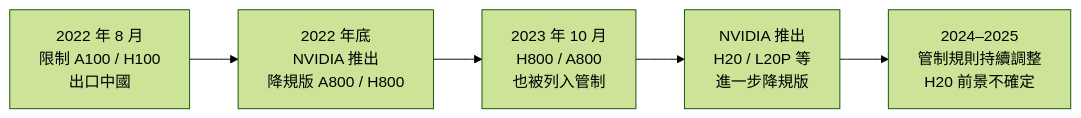
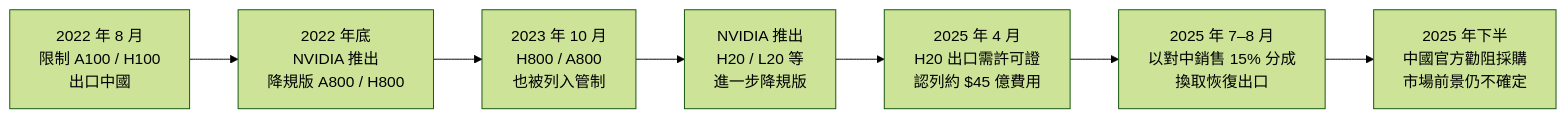
The first of 2 diagrams in docs/nvidia/risks-export-controls.md (wizardhsiehcom/book), drawn with Mermaid (forest theme) before and after one commit. The commit also changed other lines of this file and 15 other files, not shown here.

````diff
--- a/docs/nvidia/risks-export-controls.md
+++ b/docs/nvidia/risks-export-controls.md
@@ -9,6 +9,8 @@
 ```mermaid
 flowchart LR
     A["2022 年 8 月<br/>限制 A100 / H100<br/>出口中國"] --> B["2022 年底<br/>NVIDIA 推出<br/>降規版 A800 / H800"]
-    B --> C["2023 年 10 月<br/>H800 / A800<br/>也被列入管制"] --> D["NVIDIA 推出<br/>H20 / L20P 等<br/>進一步降規版"]
-    D --> E["2024–2025<br/>管制規則持續調整<br/>H20 前景不確定"]
+    B --> C["2023 年 10 月<br/>H800 / A800<br/>也被列入管制"] --> D["NVIDIA 推出<br/>H20 / L20 等<br/>進一步降規版"]
+    D --> E["2025 年 4 月<br/>H20 出口需許可證<br/>認列約 $45 億費用"]
+    E --> F["2025 年 7–8 月<br/>以對中銷售 15% 分成<br/>換取恢復出口"]
+    F --> G["2025 年下半<br/>中國官方勸阻採購<br/>市場前景仍不確定"]
 ```
````
